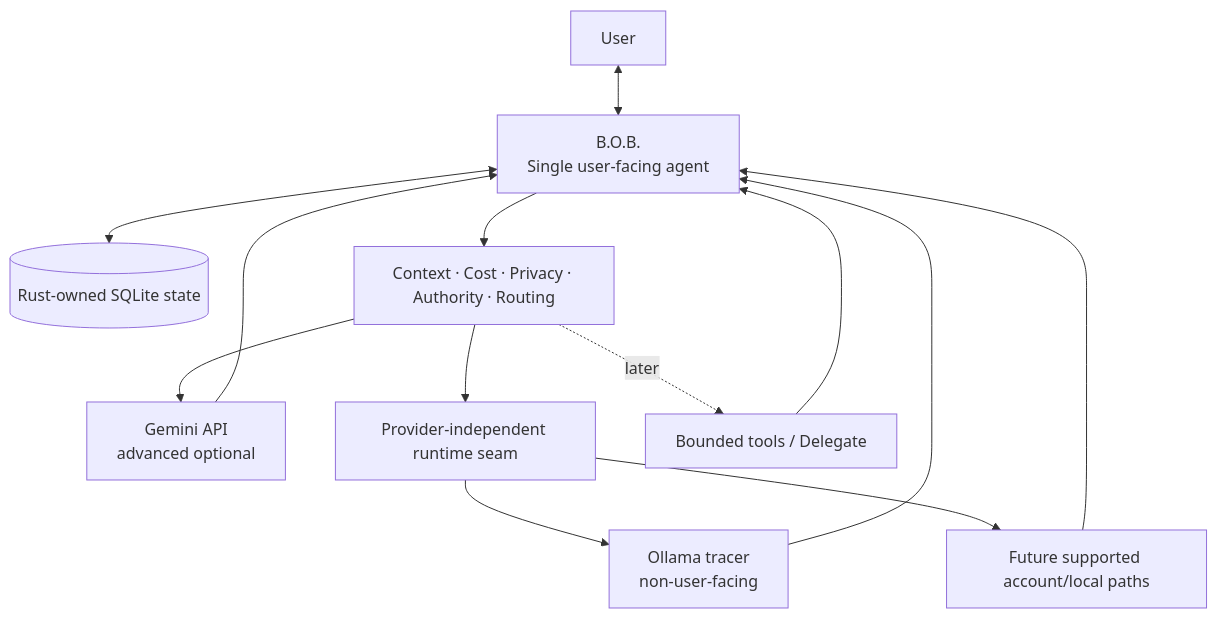
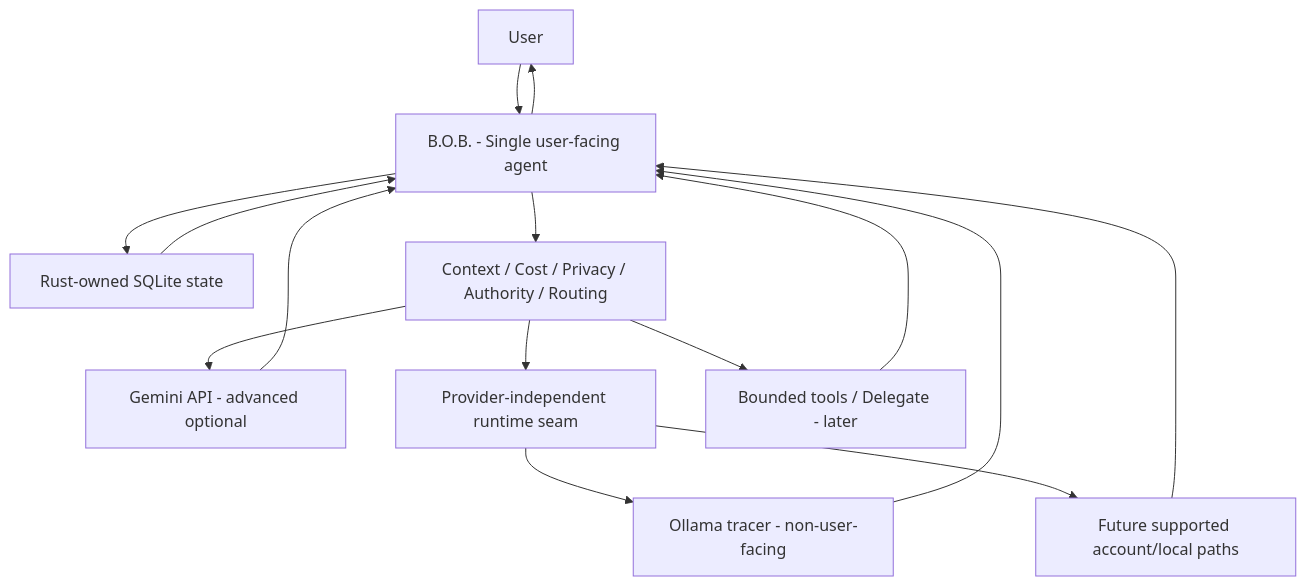
The diagram in README.md (Knapp-Kevin/BOB), drawn with Mermaid before and after one commit. The commit also changed other lines of this file, not shown here.

Commit message:
Reconcile README with portable host architecture

````diff
--- a/README.md
+++ b/README.md
@@ -64,18 +66,17 @@
 ```mermaid
-flowchart TB
-    USER[User] <--> BOB[B.O.B.\nSingle user-facing agent]
-
-    BOB <--> STATE[(Rust-owned SQLite state)]
-    BOB --> POLICY[Context · Cost · Privacy · Authority · Routing]
-
-    POLICY --> GEMINI[Gemini API\nadvanced optional]
-    POLICY --> RUNTIME[Provider-independent runtime seam]
-    RUNTIME --> OLLAMA[Ollama tracer\nnon-user-facing]
-    RUNTIME --> FUTURE[Future supported account/local paths]
-    POLICY -. later .-> TOOLS[Bounded tools / Delegate]
-
-    GEMINI --> BOB
-    OLLAMA --> BOB
-    FUTURE --> BOB
-    TOOLS --> BOB
+graph TD;
+    USER["User"] --> BOB["B.O.B. - Single user-facing agent"];
+    BOB --> USER;
+    BOB --> STATE["Rust-owned SQLite state"];
+    STATE --> BOB;
+    BOB --> POLICY["Context / Cost / Privacy / Authority / Routing"];
+    POLICY --> GEMINI["Gemini API - advanced optional"];
+    POLICY --> RUNTIME["Provider-independent runtime seam"];
+    RUNTIME --> OLLAMA["Ollama tracer - non-user-facing"];
+    RUNTIME --> FUTURE["Future supported account/local paths"];
+    POLICY --> TOOLS["Bounded tools / Delegate - later"];
+    GEMINI --> BOB;
+    OLLAMA --> BOB;
+    FUTURE --> BOB;
+    TOOLS --> BOB;
 ```
````
